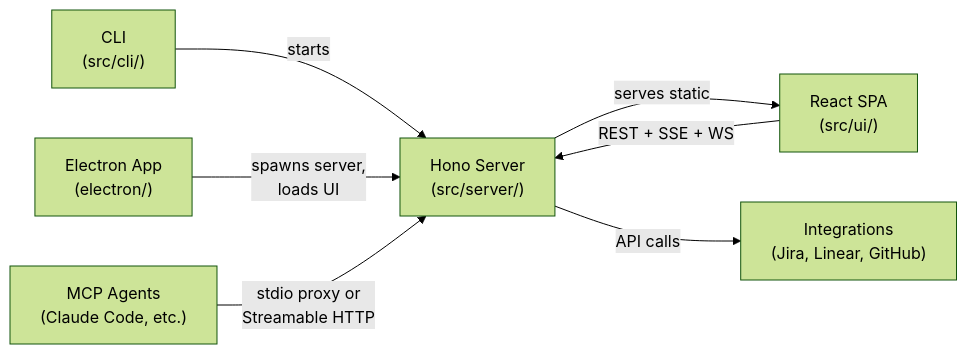
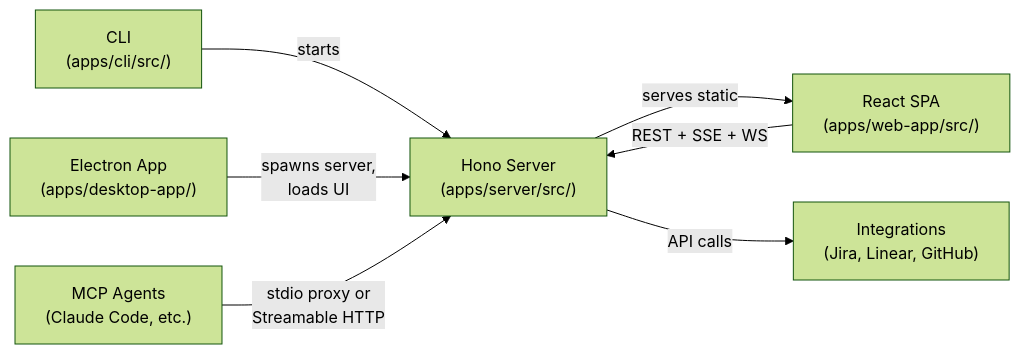
One commit to fum4/openkit changed the first of 3 diagrams in docs/ARCHITECTURE.md. Above: the diagram before and after it, drawn with Mermaid (forest theme). The commit also changed other lines of this file and 376 other files, not shown here.

````diff
--- a/docs/ARCHITECTURE.md
+++ b/docs/ARCHITECTURE.md
@@ -15,16 +15,16 @@
 ```mermaid
 flowchart LR
-    CLI["CLI\n(src/cli/)"]
-    Server["Hono Server\n(src/server/)"]
-    UI["React SPA\n(src/ui/)"]
-    Electron["Electron App\n(electron/)"]
+    CLI["CLI\n(apps/cli/src/)"]
+    Server["Hono Server\n(apps/server/src/)"]
+    UI["React SPA\n(apps/web-app/src/)"]
+    Electron["Electron App\n(apps/desktop-app/)"]
     MCP["MCP Agents\n(Claude Code, etc.)"]
     Integrations["Integrations\n(Jira, Linear, GitHub)"]
 
     CLI -->|starts| Server
     Server -->|serves static| UI
     Electron -->|spawns server,\nloads UI| Server
     MCP -->|stdio proxy or\nStreamable HTTP| Server
     Server -->|API calls| Integrations
     UI -->|REST + SSE + WS| Server
 ```
````
